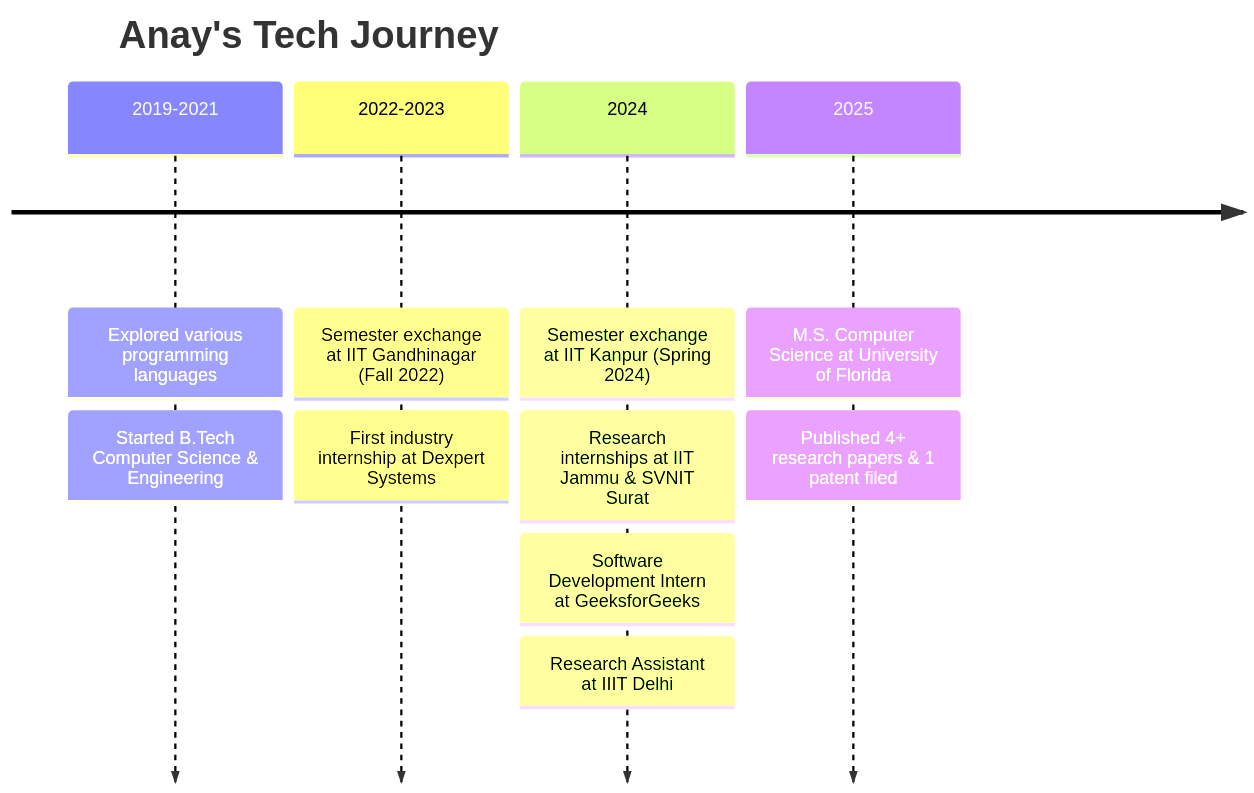
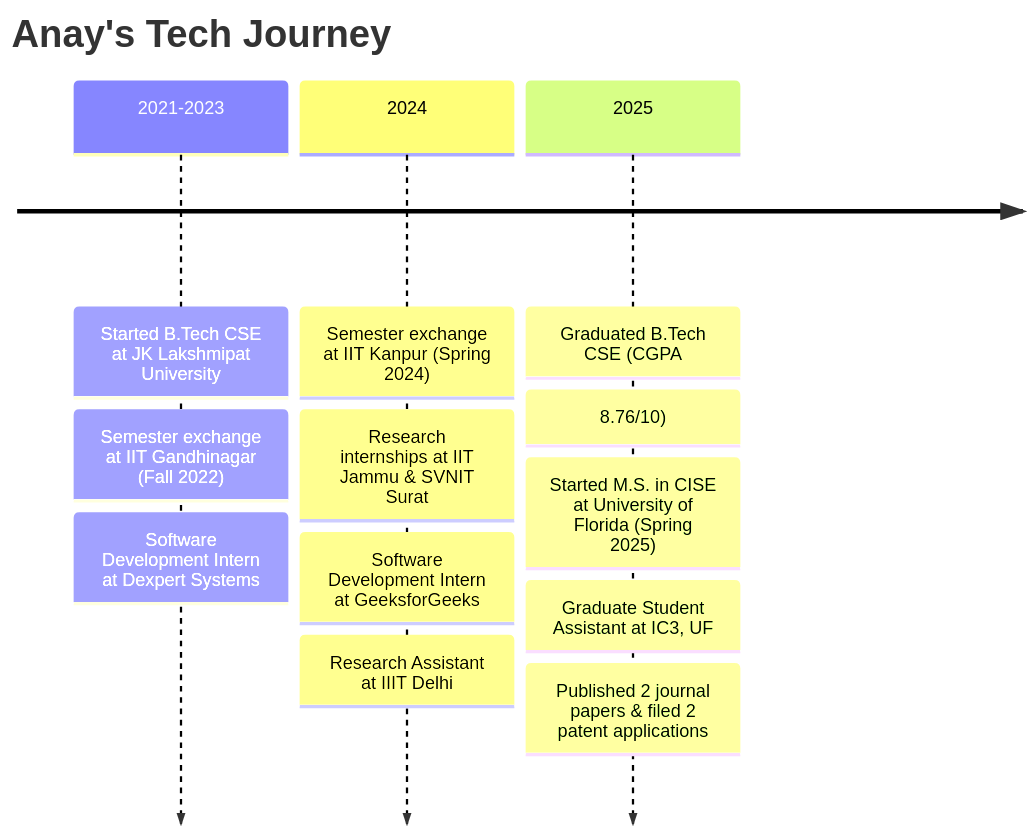
The diagram in README.md (anayy09/anayy09), drawn with Mermaid before and after one commit. The commit also changed other lines of this file, not shown here.

````diff
--- a/README.md
+++ b/README.md
@@ -147,20 +148,19 @@
 ```mermaid
 timeline
     title Anay's Tech Journey
     
-    2019-2021 : Explored various programming languages
-              : Started B.Tech Computer Science & Engineering
-    
-    2022-2023 : Semester exchange at IIT Gandhinagar (Fall 2022)
-              : First industry internship at Dexpert Systems
+    2021-2023 : Started B.Tech CSE at JK Lakshmipat University
+              : Semester exchange at IIT Gandhinagar (Fall 2022)
+              : Software Development Intern at Dexpert Systems
     
     2024 : Semester exchange at IIT Kanpur (Spring 2024)
          : Research internships at IIT Jammu & SVNIT Surat
          : Software Development Intern at GeeksforGeeks
          : Research Assistant at IIIT Delhi
-
     
-    2025 : M.S. Computer Science at University of Florida
-         : Published 4+ research papers & 1 patent filed
+    2025 : Graduated B.Tech CSE (CGPA: 8.76/10)
+         : Started M.S. in CISE at University of Florida (Spring 2025)
+         : Graduate Student Assistant at IC3, UF
+         : Published 2 journal papers & filed 2 patent applications
 
 ```
````
